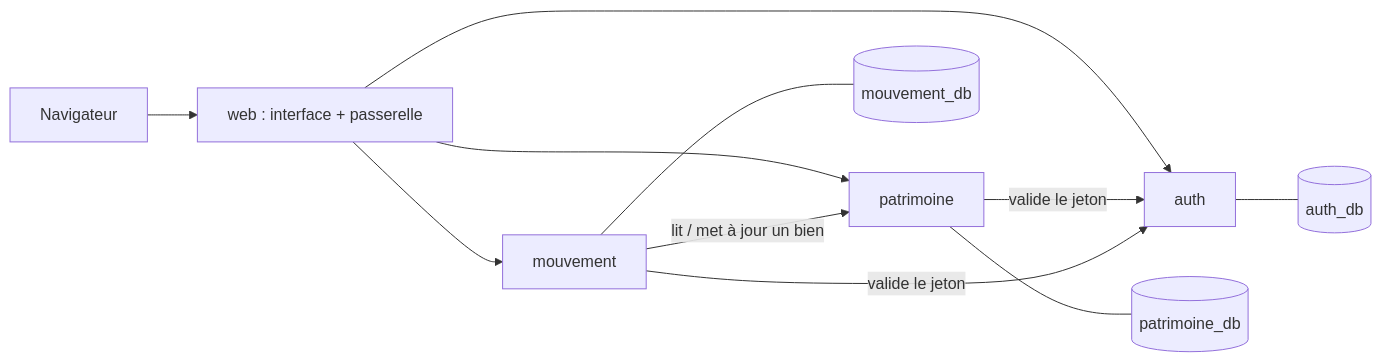
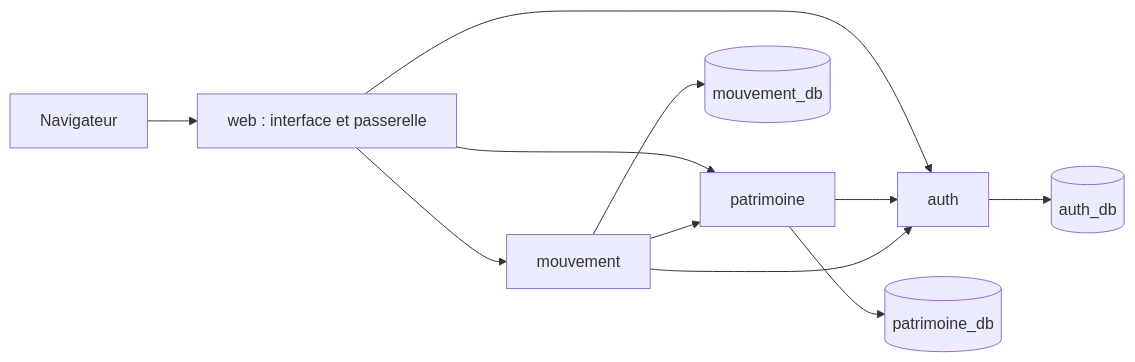
The diagram in README.md (senoumawulomi-pixel/gestion-patrimoine-etat), drawn with Mermaid before and after one commit. The commit also changed other lines of this file, not shown here.

Commit message:
Mise à jour du projet

````diff
--- a/README.md
+++ b/README.md
@@ -40,13 +38,13 @@
 ```mermaid
 flowchart LR
-  U[Navigateur] --> W[web : interface + passerelle]
+  U[Navigateur] --> W[web : interface et passerelle]
   W --> A[auth]
   W --> P[patrimoine]
   W --> M[mouvement]
-  P -- valide le jeton --> A
-  M -- valide le jeton --> A
-  M -- lit / met à jour un bien --> P
-  A --- DA[(auth_db)]
-  P --- DP[(patrimoine_db)]
-  M --- DM[(mouvement_db)]
+  P --> A
+  M --> A
+  M --> P
+  A --> DA[(auth_db)]
+  P --> DP[(patrimoine_db)]
+  M --> DM[(mouvement_db)]
 ```
````
